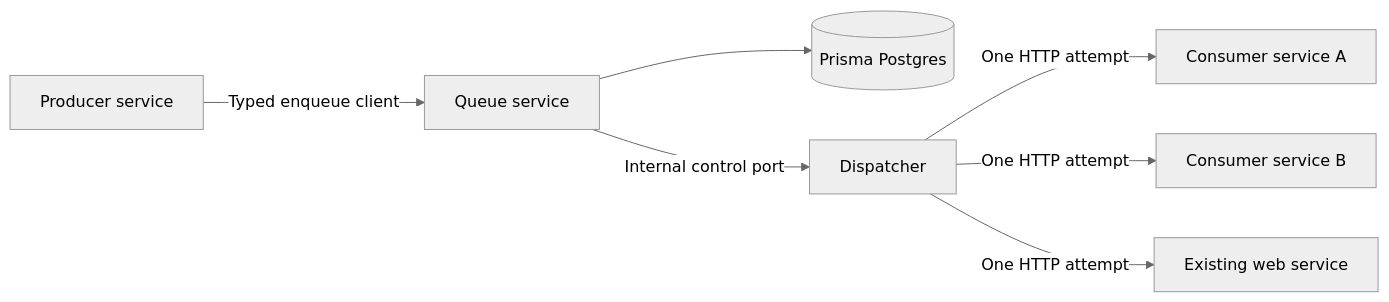
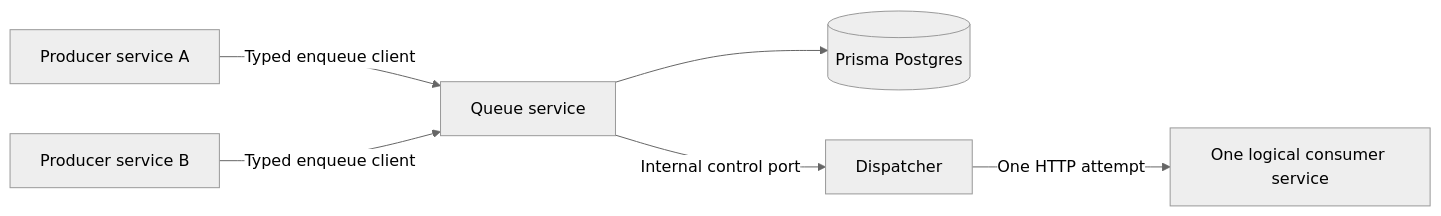
One commit to prisma/composer changed the diagram in .drive/projects/queue-module/spec.md. Above: the diagram before and after it, drawn with Mermaid (neutral theme). The commit also changed other lines of this file and 2 other files, not shown here.

First line of the commit message:
docs(queues): narrow v1 to one consumer per queue

````diff
--- a/.drive/projects/queue-module/spec.md
+++ b/.drive/projects/queue-module/spec.md
@@ -55,9 +57,8 @@
 ```mermaid
 flowchart LR
-  P[Producer service] -->|Typed enqueue client| Q[Queue service]
+  P1[Producer service A] -->|Typed enqueue client| Q[Queue service]
+  P2[Producer service B] -->|Typed enqueue client| Q
   Q --> D[(Prisma Postgres)]
   Q -->|Internal control port| X[Dispatcher]
-  X -->|One HTTP attempt| C1[Consumer service A]
-  X -->|One HTTP attempt| C2[Consumer service B]
-  X -->|One HTTP attempt| C3[Existing web service]
+  X -->|One HTTP attempt| C[One logical consumer service]
 ```
````
